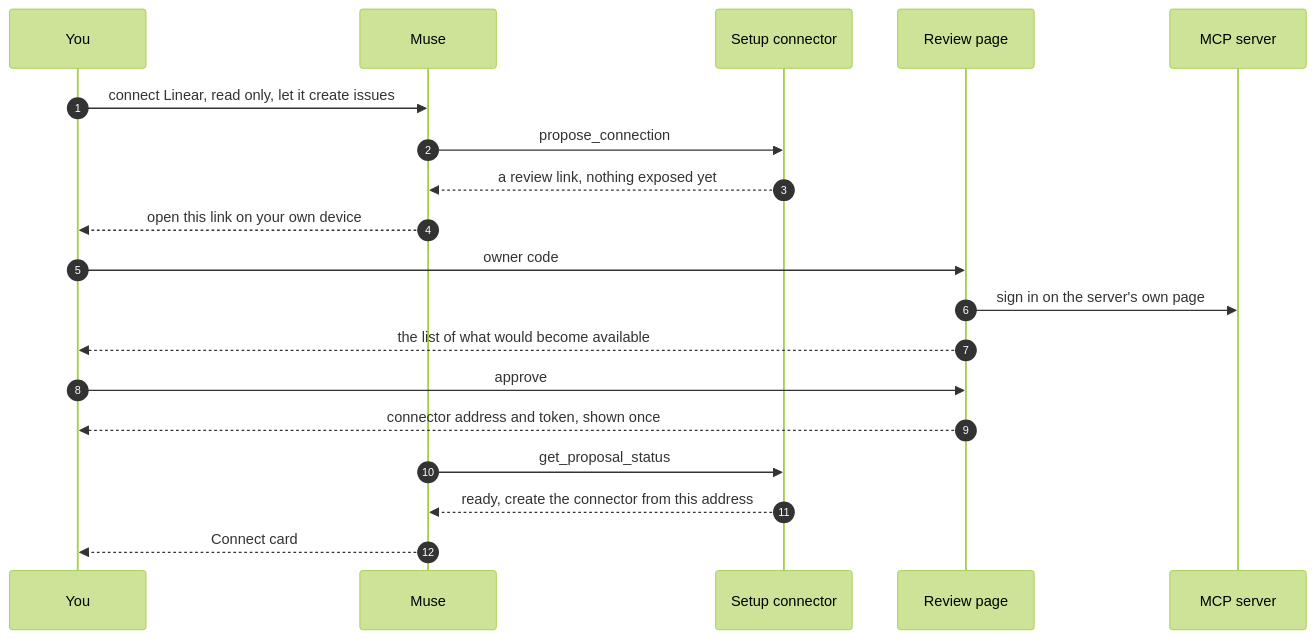
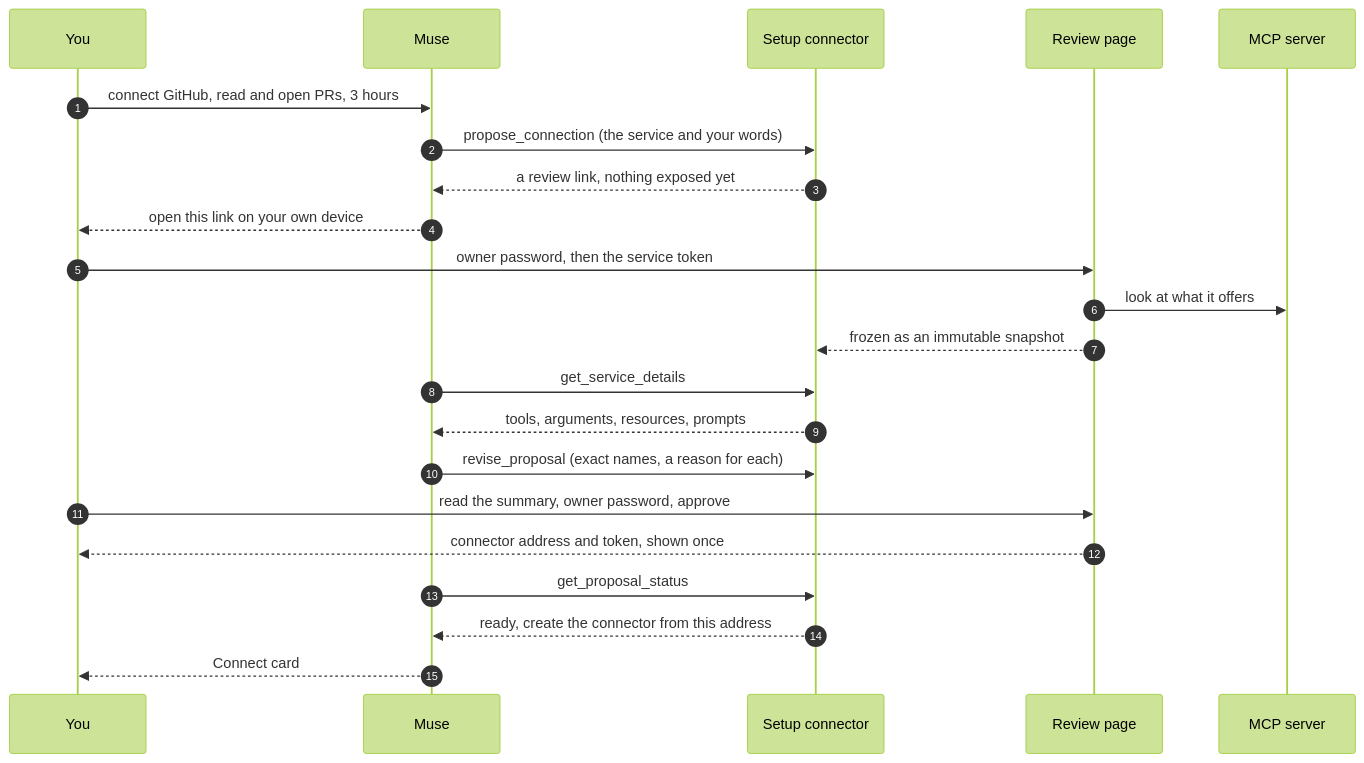
Before and after one commit to sept-usc/muse-mcp-adapter: the diagram in docs/chat-setup.md, drawn with Mermaid (forest theme). The commit also changed other lines of this file and 22 other files, not shown here.

First line of the commit message:
docs: a README that leads with chat setup, animated figures, a GitHub guide, and the design brought up to date

````diff
--- a/docs/chat-setup.md
+++ b/docs/chat-setup.md
@@ -7,21 +13,24 @@
 ```mermaid
 sequenceDiagram
     autonumber
     participant You
     participant Muse
     participant Setup as Setup connector
     participant Page as Review page
     participant Server as MCP server
-    You->>Muse: connect Linear, read only, let it create issues
-    Muse->>Setup: propose_connection
+    You->>Muse: connect GitHub, read and open PRs, 3 hours
+    Muse->>Setup: propose_connection (the service and your words)
     Setup-->>Muse: a review link, nothing exposed yet
     Muse-->>You: open this link on your own device
-    You->>Page: owner code
-    Page->>Server: sign in on the server's own page
-    Page-->>You: the list of what would become available
-    You->>Page: approve
+    You->>Page: owner password, then the service token
+    Page->>Server: look at what it offers
+    Page-->>Setup: frozen as an immutable snapshot
+    Muse->>Setup: get_service_details
+    Setup-->>Muse: tools, arguments, resources, prompts
+    Muse->>Setup: revise_proposal (exact names, a reason for each)
+    You->>Page: read the summary, owner password, approve
     Page-->>You: connector address and token, shown once
     Muse->>Setup: get_proposal_status
     Setup-->>Muse: ready, create the connector from this address
     Muse-->>You: Connect card
 ```
````
